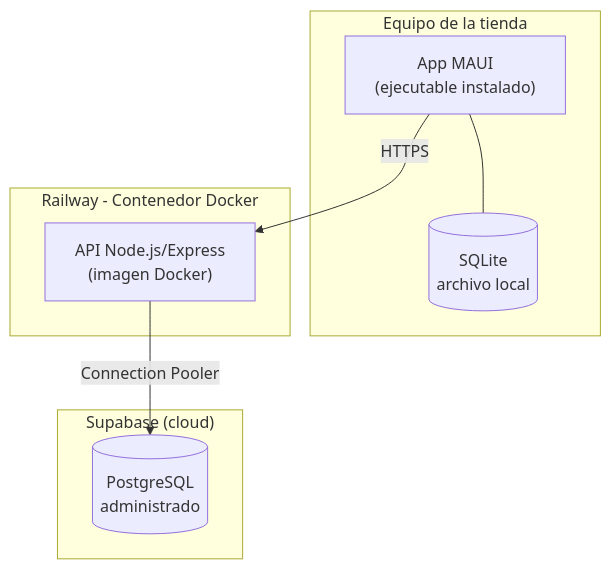
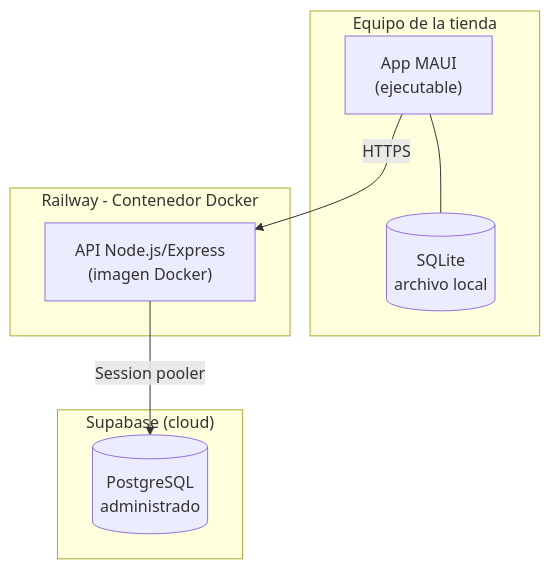
Before and after one commit to alexandrafs5/StockBridge: the seventh of 7 diagrams in docs/arquitectura.md, drawn with Mermaid. The commit also changed other lines of this file and 1 other file, not shown here.

````diff
--- a/docs/arquitectura.md
+++ b/docs/arquitectura.md
@@ -226,19 +302,19 @@
 ```mermaid
 flowchart TB
     subgraph Local["Equipo de la tienda"]
-        A["App MAUI\n(ejecutable instalado)"]
+        A["App MAUI\n(ejecutable)"]
         S[("SQLite\narchivo local")]
         A --- S
     end
 
     subgraph Railway["Railway - Contenedor Docker"]
         B["API Node.js/Express\n(imagen Docker)"]
     end
 
     subgraph Supabase["Supabase (cloud)"]
         C[("PostgreSQL\nadministrado")]
     end
 
     A -- HTTPS --> B
-    B -- Connection Pooler --> C
+    B -- "Session pooler" --> C
 ```
````
